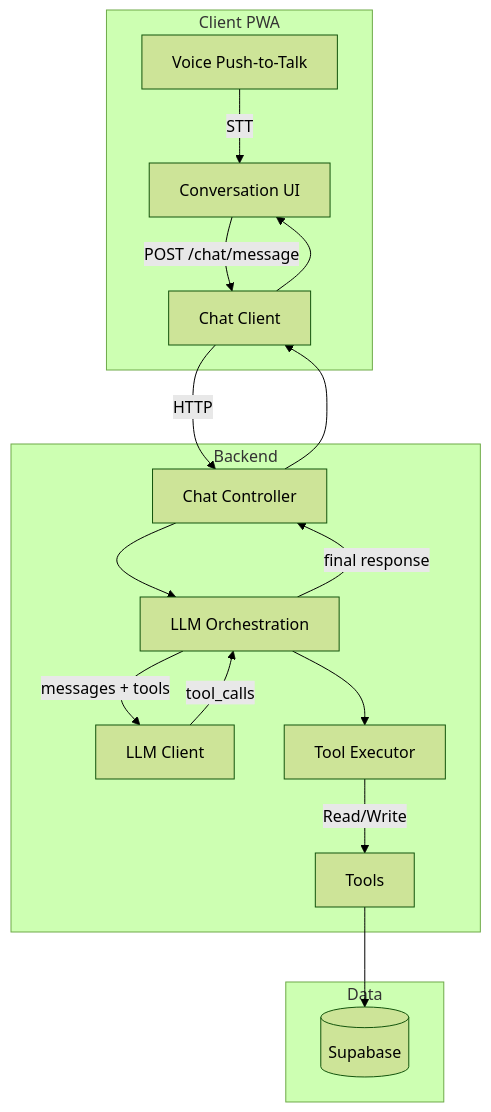
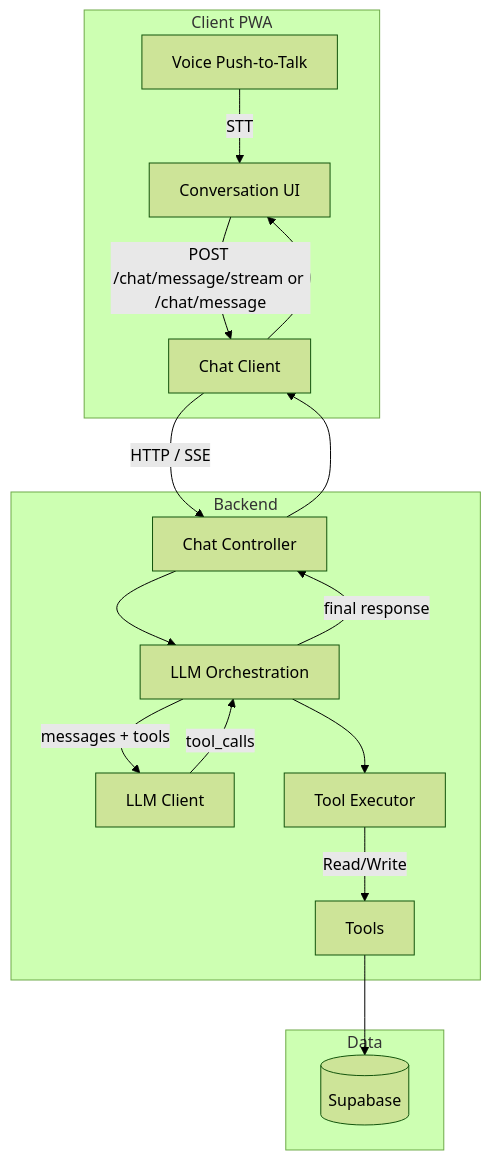
The diagram in docs/ARCH.md (plamarque/horain), drawn with Mermaid (forest theme) before and after one commit. The commit also changed other lines of this file and 18 other files, not shown here.

````diff
--- a/docs/ARCH.md
+++ b/docs/ARCH.md
@@ -9,33 +9,33 @@
 ```mermaid
 flowchart TB
     subgraph client [Client PWA]
         Voice[Voice Push-to-Talk]
         UI[Conversation UI]
         ChatClient[Chat Client]
     end
     
     subgraph backend [Backend]
         ChatCtrl[Chat Controller]
         LlmSvc[LLM Orchestration]
         LlmClient[LLM Client]
         ToolExec[Tool Executor]
         Tools[Tools]
     end
     
     subgraph data [Data]
         Supabase[(Supabase)]
     end
     
     Voice -->|STT| UI
-    UI -->|POST /chat/message| ChatClient
-    ChatClient -->|HTTP| ChatCtrl
+    UI -->|POST /chat/message/stream or /chat/message| ChatClient
+    ChatClient -->|HTTP / SSE| ChatCtrl
     ChatCtrl --> LlmSvc
     LlmSvc -->|messages + tools| LlmClient
     LlmClient -->|tool_calls| LlmSvc
     LlmSvc --> ToolExec
     ToolExec -->|Read/Write| Tools
     Tools --> Supabase
     LlmSvc -->|final response| ChatCtrl
     ChatCtrl --> ChatClient
     ChatClient --> UI
 ```
````
